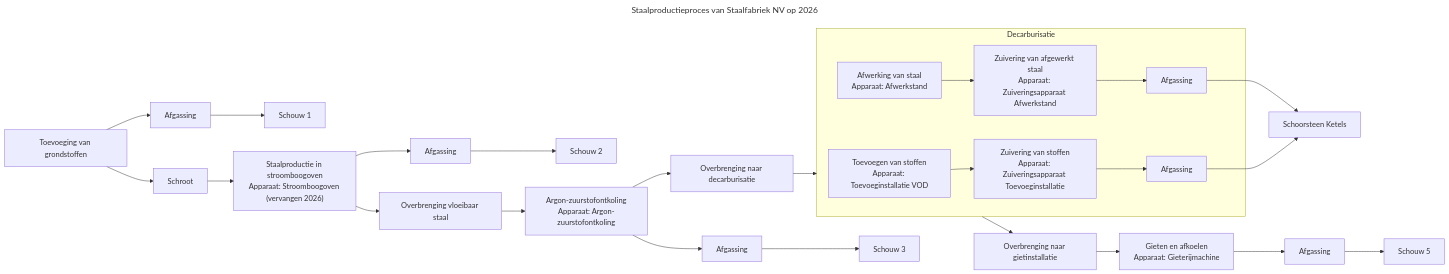
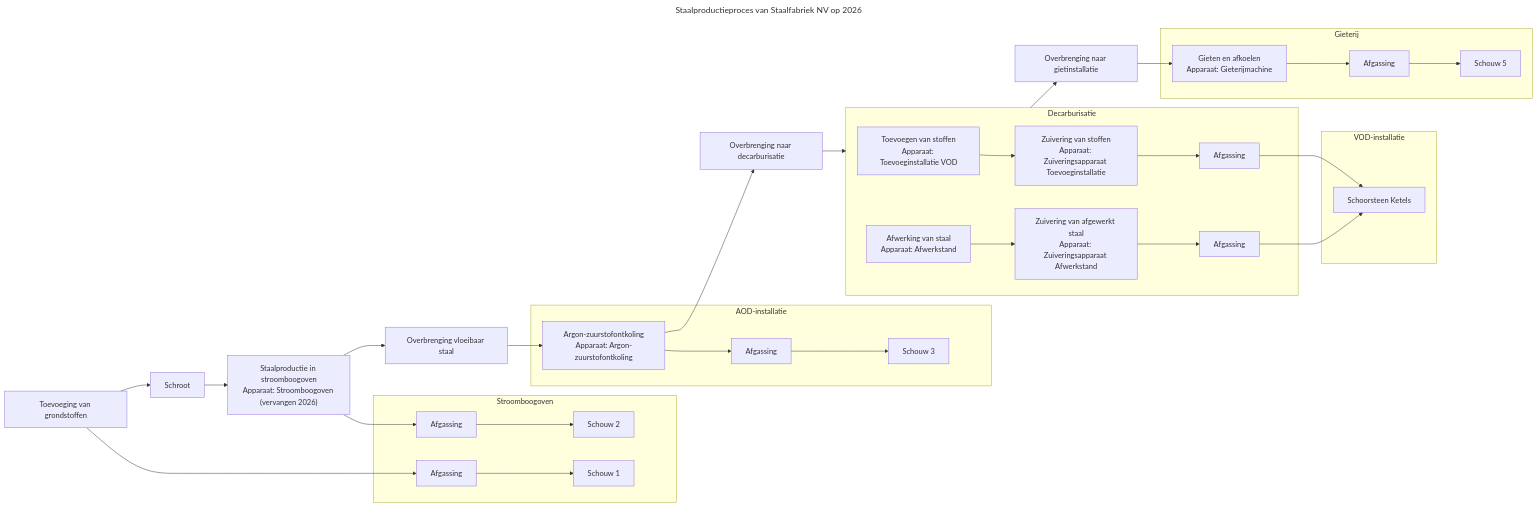
Before and after one commit to milieuinfo/RIE-IEPR: the diagram in documentatie/bin/activiteit-visualisatie/diagrams/0400123123_6851234567_ACTIVITEIT_1_VERSIE2026_proces_0400123123_6851234567_ACTIVITEIT_1_VERSIE2026.mmd, drawn with Mermaid. The commit also changed 33 other files, not shown here.

```diff
--- a/documentatie/bin/activiteit-visualisatie/diagrams/0400123123_6851234567_ACTIVITEIT_1_VERSIE2026_proces_0400123123_6851234567_ACTIVITEIT_1_VERSIE2026.mmd
+++ b/documentatie/bin/activiteit-visualisatie/diagrams/0400123123_6851234567_ACTIVITEIT_1_VERSIE2026_proces_0400123123_6851234567_ACTIVITEIT_1_VERSIE2026.mmd
@@ -1,58 +1,76 @@
 ---
 title: "Staalproductieproces van Staalfabriek NV op 2026"
 ---
 flowchart LR
 subgraph proces_0400123123_6851234567_ACTIVITEIT_1_0009_VERSIE2020["Decarburisatie"]
 proces_0400123123_6851234567_ACTIVITEIT_1_0009_001["Toevoegen van stoffen
 Apparaat: Toevoeginstallatie VOD"]
 proces_0400123123_6851234567_ACTIVITEIT_1_0009_002["Zuivering van stoffen
 Apparaat: Zuiveringsapparaat Toevoeginstallatie"]
 proces_0400123123_6851234567_ACTIVITEIT_1_0009_003["Afgassing"]
 proces_0400123123_6851234567_ACTIVITEIT_1_0009_004["Afwerking van staal
 Apparaat: Afwerkstand"]
 proces_0400123123_6851234567_ACTIVITEIT_1_0009_005["Zuivering van afgewerkt staal
 Apparaat: Zuiveringsapparaat Afwerkstand"]
 proces_0400123123_6851234567_ACTIVITEIT_1_0009_006["Afgassing"]
 end
-proces_0400123123_6851234567_ACTIVITEIT_1_0001["Toevoeging van grondstoffen"]
+subgraph installatie_0400123123_6851234567_0000001["Stroomboogoven"]
 emissiepunt_0400123123_6851234567_0000001["Schouw 1"]
 proces_0400123123_6851234567_ACTIVITEIT_1_0002["Afgassing"]
+emissiepunt_0400123123_6851234567_0000002["Schouw 2"]
+proces_0400123123_6851234567_ACTIVITEIT_1_0005["Afgassing"]
+end
+subgraph installatie_0400123123_6851234567_0000002["Gieterij"]
+emissiepunt_0400123123_6851234567_0000005["Schouw 5"]
+proces_0400123123_6851234567_ACTIVITEIT_1_0012["Afgassing"]
+proces_0400123123_6851234567_ACTIVITEIT_1_0011["Gieten en afkoelen
+Apparaat: Gieterijmachine"]
+end
+subgraph installatie_0400123123_6851234567_0000003["VOD-installatie"]
+emissiepunt_0400123123_6851234567_0000004["Schoorsteen Ketels"]
+proces_0400123123_6851234567_ACTIVITEIT_1_0009_003["Afgassing"]
+proces_0400123123_6851234567_ACTIVITEIT_1_0009_006["Afgassing"]
+proces_0400123123_6851234567_ACTIVITEIT_1_0009_001["Toevoegen van stoffen
+Apparaat: Toevoeginstallatie VOD"]
+proces_0400123123_6851234567_ACTIVITEIT_1_0009_005["Zuivering van afgewerkt staal
+Apparaat: Zuiveringsapparaat Afwerkstand"]
+proces_0400123123_6851234567_ACTIVITEIT_1_0009_004["Afwerking van staal
+Apparaat: Afwerkstand"]
+proces_0400123123_6851234567_ACTIVITEIT_1_0009_002["Zuivering van stoffen
+Apparaat: Zuiveringsapparaat Toevoeginstallatie"]
+end
+subgraph installatie_0400123123_6851234567_0000004["AOD-installatie"]
+emissiepunt_0400123123_6851234567_0000003["Schouw 3"]
+proces_0400123123_6851234567_ACTIVITEIT_1_0008["Afgassing"]
+proces_0400123123_6851234567_ACTIVITEIT_1_0007["Argon-zuurstofontkoling
+Apparaat: Argon-zuurstofontkoling"]
+end
+proces_0400123123_6851234567_ACTIVITEIT_1_0001["Toevoeging van grondstoffen"]
 proces_0400123123_6851234567_ACTIVITEIT_1_0003["Schroot"]
 proces_0400123123_6851234567_ACTIVITEIT_1_0004_VERSIE2026["Staalproductie in stroomboogoven
 Apparaat: Stroomboogoven (vervangen 2026)"]
-emissiepunt_0400123123_6851234567_0000002["Schouw 2"]
-proces_0400123123_6851234567_ACTIVITEIT_1_0005["Afgassing"]
 proces_0400123123_6851234567_ACTIVITEIT_1_0006["Overbrenging vloeibaar staal"]
-proces_0400123123_6851234567_ACTIVITEIT_1_0007["Argon-zuurstofontkoling
-Apparaat: Argon-zuurstofontkoling"]
-emissiepunt_0400123123_6851234567_0000003["Schouw 3"]
-proces_0400123123_6851234567_ACTIVITEIT_1_0008["Afgassing"]
 proces_0400123123_6851234567_ACTIVITEIT_1_0008b["Overbrenging naar decarburisatie"]
-emissiepunt_0400123123_6851234567_0000004["Schoorsteen Ketels"]
 proces_0400123123_6851234567_ACTIVITEIT_1_0010["Overbrenging naar gietinstallatie"]
-proces_0400123123_6851234567_ACTIVITEIT_1_0011["Gieten en afkoelen
-Apparaat: Gieterijmachine"]
-emissiepunt_0400123123_6851234567_0000005["Schouw 5"]
-proces_0400123123_6851234567_ACTIVITEIT_1_0012["Afgassing"]
 proces_0400123123_6851234567_ACTIVITEIT_1_0002 --> emissiepunt_0400123123_6851234567_0000001
 proces_0400123123_6851234567_ACTIVITEIT_1_0005 --> emissiepunt_0400123123_6851234567_0000002
 proces_0400123123_6851234567_ACTIVITEIT_1_0008 --> emissiepunt_0400123123_6851234567_0000003
 proces_0400123123_6851234567_ACTIVITEIT_1_0009_003 --> emissiepunt_0400123123_6851234567_0000004
 proces_0400123123_6851234567_ACTIVITEIT_1_0009_006 --> emissiepunt_0400123123_6851234567_0000004
 proces_0400123123_6851234567_ACTIVITEIT_1_0012 --> emissiepunt_0400123123_6851234567_0000005
 proces_0400123123_6851234567_ACTIVITEIT_1_0001 --> proces_0400123123_6851234567_ACTIVITEIT_1_0002
 proces_0400123123_6851234567_ACTIVITEIT_1_0001 --> proces_0400123123_6851234567_ACTIVITEIT_1_0003
 proces_0400123123_6851234567_ACTIVITEIT_1_0003 --> proces_0400123123_6851234567_ACTIVITEIT_1_0004_VERSIE2026
 proces_0400123123_6851234567_ACTIVITEIT_1_0004_VERSIE2026 --> proces_0400123123_6851234567_ACTIVITEIT_1_0005
 proces_0400123123_6851234567_ACTIVITEIT_1_0004_VERSIE2026 --> proces_0400123123_6851234567_ACTIVITEIT_1_0006
 proces_0400123123_6851234567_ACTIVITEIT_1_0006 --> proces_0400123123_6851234567_ACTIVITEIT_1_0007
 proces_0400123123_6851234567_ACTIVITEIT_1_0007 --> proces_0400123123_6851234567_ACTIVITEIT_1_0008
 proces_0400123123_6851234567_ACTIVITEIT_1_0007 --> proces_0400123123_6851234567_ACTIVITEIT_1_0008b
 proces_0400123123_6851234567_ACTIVITEIT_1_0008b --> proces_0400123123_6851234567_ACTIVITEIT_1_0009_VERSIE2020
 proces_0400123123_6851234567_ACTIVITEIT_1_0009_001 --> proces_0400123123_6851234567_ACTIVITEIT_1_0009_002
 proces_0400123123_6851234567_ACTIVITEIT_1_0009_002 --> proces_0400123123_6851234567_ACTIVITEIT_1_0009_003
 proces_0400123123_6851234567_ACTIVITEIT_1_0009_004 --> proces_0400123123_6851234567_ACTIVITEIT_1_0009_005
 proces_0400123123_6851234567_ACTIVITEIT_1_0009_005 --> proces_0400123123_6851234567_ACTIVITEIT_1_0009_006
 proces_0400123123_6851234567_ACTIVITEIT_1_0009_VERSIE2020 --> proces_0400123123_6851234567_ACTIVITEIT_1_0010
 proces_0400123123_6851234567_ACTIVITEIT_1_0010 --> proces_0400123123_6851234567_ACTIVITEIT_1_0011
 proces_0400123123_6851234567_ACTIVITEIT_1_0011 --> proces_0400123123_6851234567_ACTIVITEIT_1_0012
```
